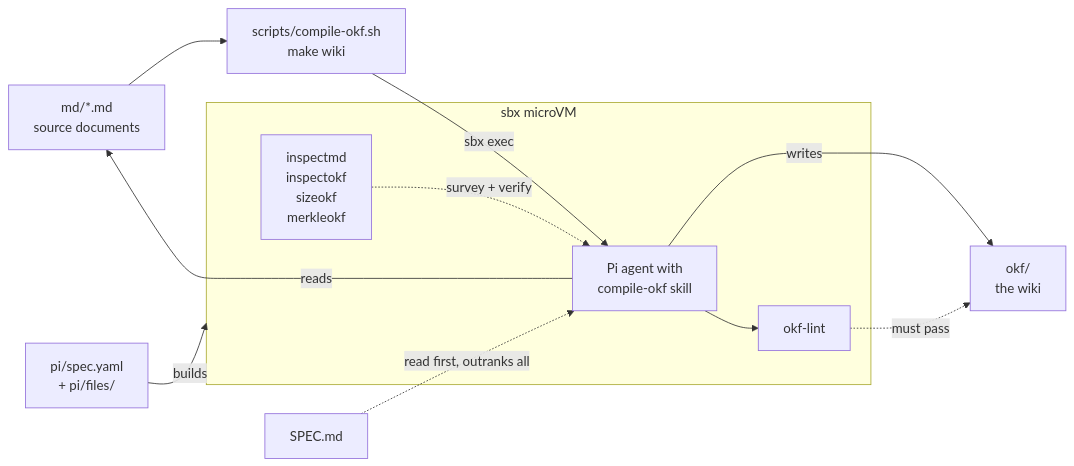
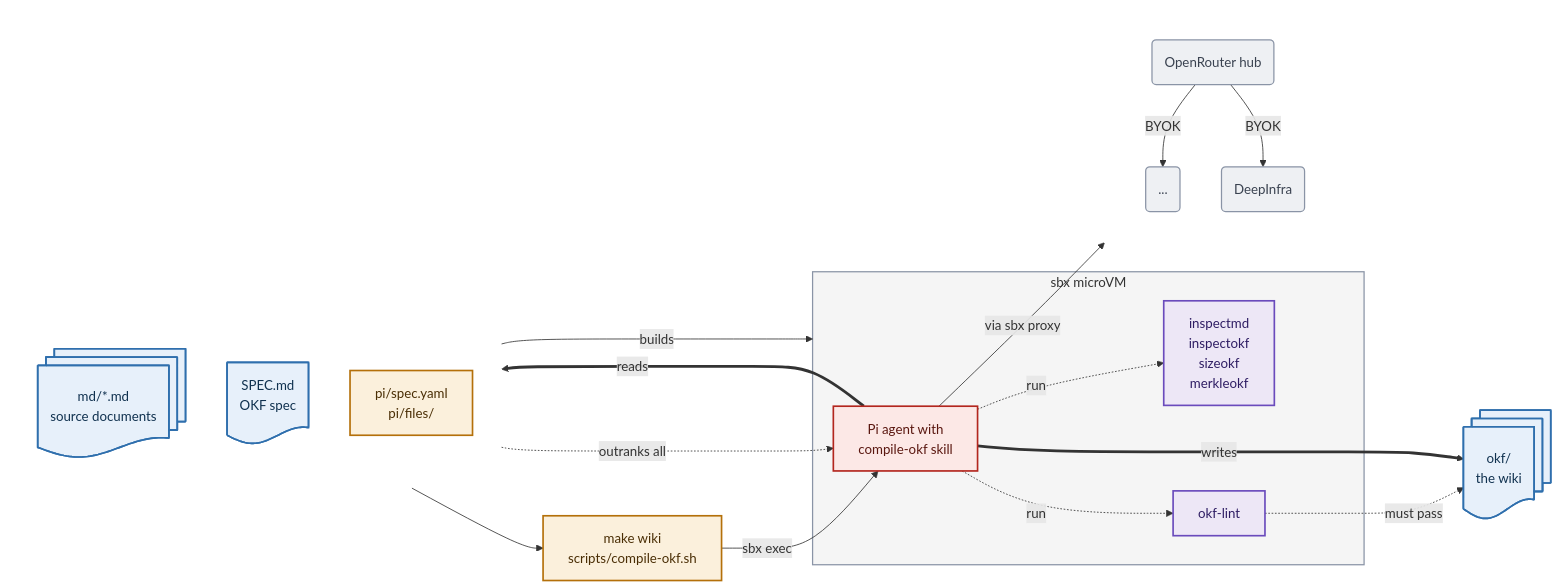
Before and after one commit to lars20070/md2okf: the diagram in README.md, drawn with Mermaid.

Commit message:
Cleaner Mermaid diagram

````diff
--- a/README.md
+++ b/README.md
@@ -110,25 +23,52 @@
 ```mermaid
 flowchart LR
-  MD["md/*.md<br/>source documents"]
-  DRV["scripts/compile-okf.sh<br/>make wiki"]
-  KIT["pi/spec.yaml<br/>+ pi/files/"]
-  SPEC["SPEC.md"]
-  OKF["okf/<br/>the wiki"]
+  subgraph IN[" "]
+    direction TB
+    MD@{ shape: docs, label: "md/*.md<br/>source documents"}
+    SPEC@{ shape: doc, label: "SPEC.md<br/>OKF spec"}
+    KIT["pi/spec.yaml<br/>pi/files/"]
+  end
+  DRV["make wiki<br/>scripts/compile-okf.sh"]
 
   subgraph VM["sbx microVM"]
+    TOOLS["inspectmd<br/>inspectokf<br/>sizeokf<br/>merkleokf"]
     PI["Pi agent with<br/>compile-okf skill"]
-    TOOLS["inspectmd<br/>inspectokf<br/>sizeokf<br/>merkleokf"]
     LINT["okf-lint"]
   end
 
-  KIT ~~~ SPEC
+  subgraph NETG[" "]
+    direction TB
+    NET@{ shape: rounded, label: "OpenRouter hub"}
+    NET1@{ shape: rounded, label: "..."}
+    NET2@{ shape: rounded, label: "DeepInfra"}
+  end
+  OKF@{ shape: docs, label: "okf/<br/>the wiki"}
+
   MD --> DRV
   KIT -->|"builds"| VM
   DRV -->|"sbx exec"| PI
-  SPEC -.->|"read first, outranks all"| PI
-  PI -->|"reads"| MD
-  PI -->|"writes"| OKF
-  TOOLS -.->|"survey + verify"| PI
-  PI --> LINT
+  SPEC -.->|"outranks all"| PI
+  PI -.->|"run"| TOOLS
+  PI -.->|"run"| LINT
   LINT -.->|"must pass"| OKF
+  PI -->|"via sbx proxy"| NET
+  NET -->|"BYOK"| NET1
+  NET -->|"BYOK"| NET2
+  PI ==>|"writes"| OKF
+  PI ==>|"reads"| MD
+
+  classDef data    fill:#E7F0FA,stroke:#2F6FAD,stroke-width:2px,color:#10314F
+  classDef dataout fill:#E6F4EA,stroke:#2E7D46,stroke-width:2px,color:#103A20
+  classDef host    fill:#FBF0DC,stroke:#B4700A,stroke-width:2px,color:#4A2E05
+  classDef agent   fill:#EDE7F6,stroke:#6A4BBC,stroke-width:2px,color:#2E1D63
+  classDef gate    fill:#FCE8E6,stroke:#B3261E,stroke-width:2px,color:#5A1710
+  classDef ext     fill:#EEF0F3,stroke:#8A94A6,stroke-width:1.5px,color:#3A4250
+  class MD,SPEC,OKF data
+  class KIT,DRV host
+  class TOOLS,LINT agent
+  class PI gate
+  class NET,NET1,NET2 ext
+  style VM fill:whitesmoke,stroke:#8A94A6,stroke-width:1.5px
+  style IN fill:none,stroke:none
+  style NETG fill:none,stroke:none
 ```
````
